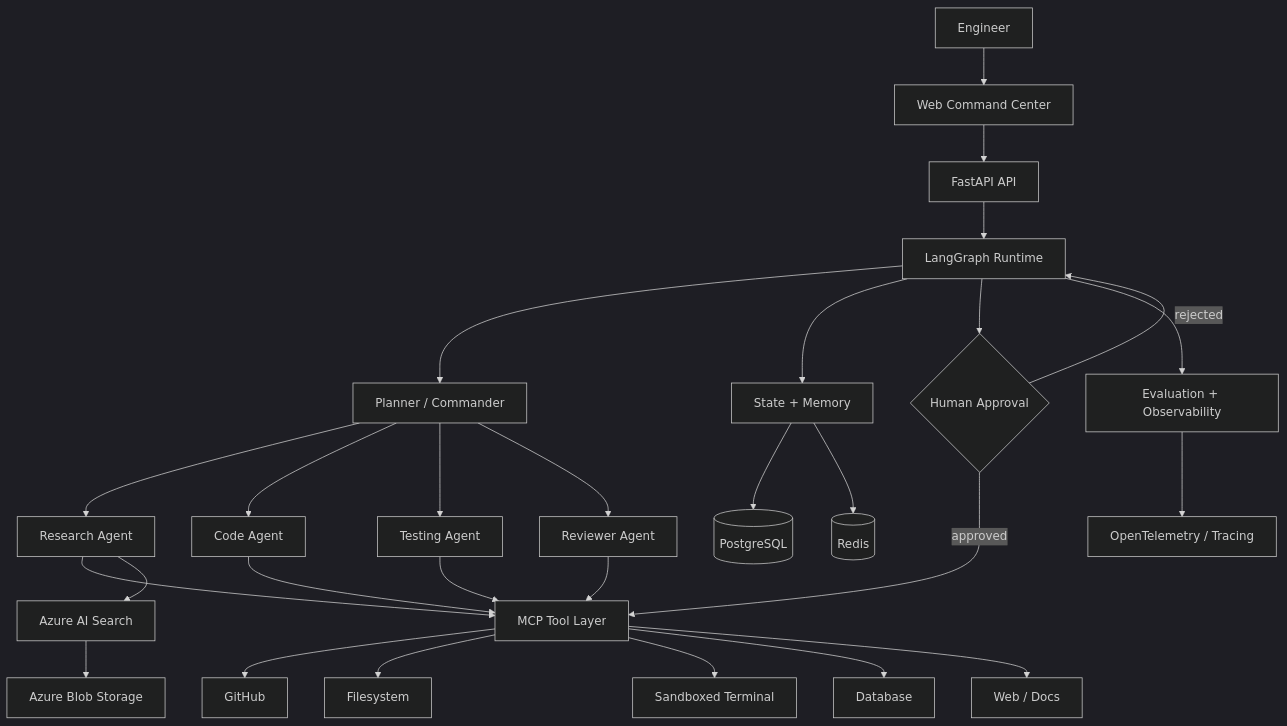
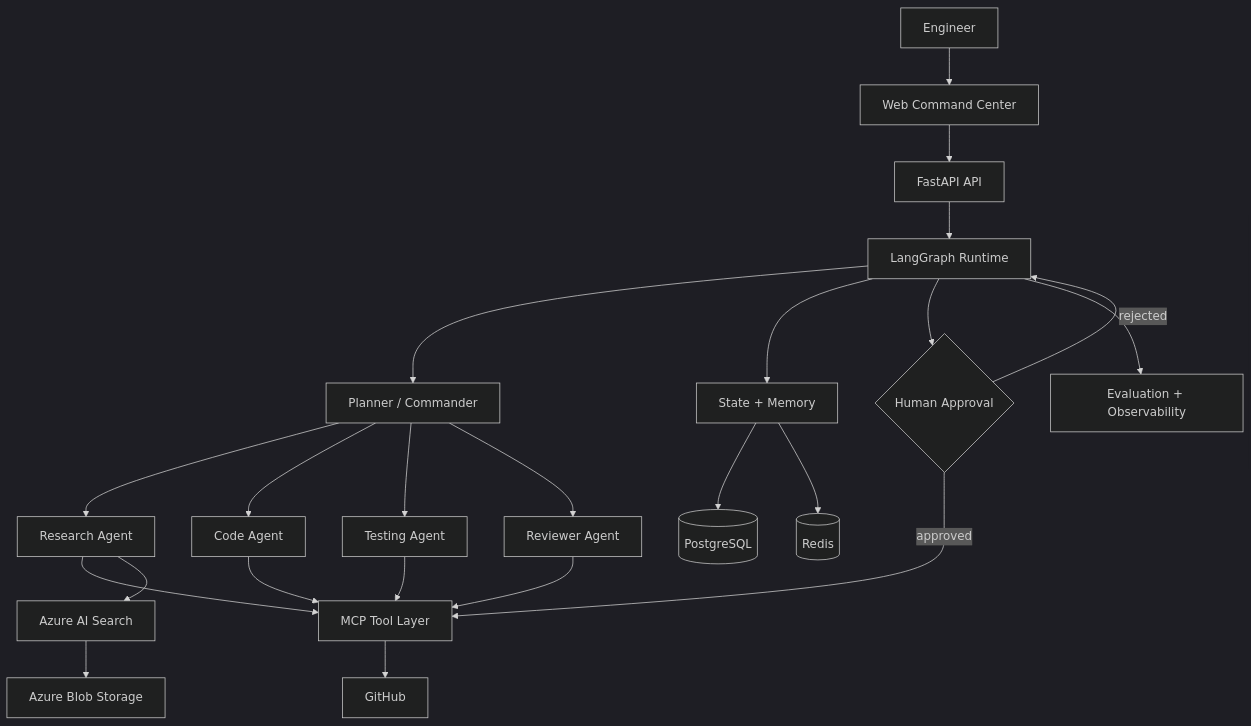
One commit to sii-1111/Ai-engineering-command-center changed the diagram in README.md. Above: the diagram before and after it, drawn with Mermaid (dark theme). The commit also changed other lines of this file, not shown here.

````diff
--- a/README.md
+++ b/README.md
@@ -23,36 +23,25 @@
 ```mermaid
 flowchart TD
     U[Engineer] --> UI[Web Command Center]
     UI --> API[FastAPI API]
     API --> G[LangGraph Runtime]
     G --> P[Planner / Commander]
     P --> R[Research Agent]
     P --> C[Code Agent]
     P --> T[Testing Agent]
     P --> V[Reviewer Agent]
-
     R --> MCP[MCP Tool Layer]
     C --> MCP
     T --> MCP
     V --> MCP
-
     MCP --> GH[GitHub]
-    MCP --> FS[Filesystem]
-    MCP --> TERM[Sandboxed Terminal]
-    MCP --> DB[Database]
-    MCP --> WEB[Web / Docs]
-
     G --> MEM[State + Memory]
     MEM --> PG[(PostgreSQL)]
     MEM --> REDIS[(Redis)]
-
     R --> SEARCH[Azure AI Search]
     SEARCH --> BLOB[Azure Blob Storage]
-
     G --> HITL{Human Approval}
     HITL -->|approved| MCP
     HITL -->|rejected| G
-
     G --> EVAL[Evaluation + Observability]
-    EVAL --> OTEL[OpenTelemetry / Tracing]
 ```
````
